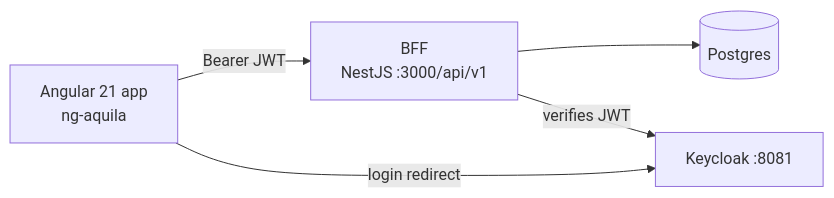
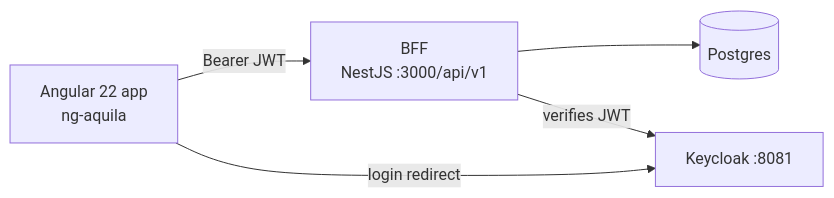
One commit to ui-training-contract-mgmt/contract-mgmt-docs changed the first of 2 diagrams in README.md. Above: the diagram before and after it, drawn with Mermaid. The commit also changed other lines of this file and 6 other files, not shown here.

````diff
--- a/README.md
+++ b/README.md
@@ -5,7 +5,7 @@
 ```mermaid
 flowchart LR
-    UI[Angular 21 app<br/>ng-aquila] -->|Bearer JWT| BFF[BFF<br/>NestJS :3000/api/v1]
+    UI[Angular 22 app<br/>ng-aquila] -->|Bearer JWT| BFF[BFF<br/>NestJS :3000/api/v1]
     UI -->|login redirect| KC[Keycloak :8081]
     BFF --> DB[(Postgres)]
     BFF -->|verifies JWT| KC
 ```
````
